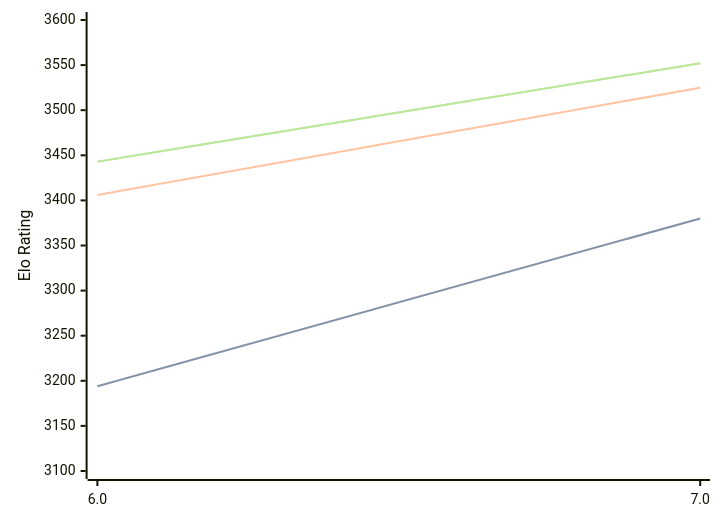
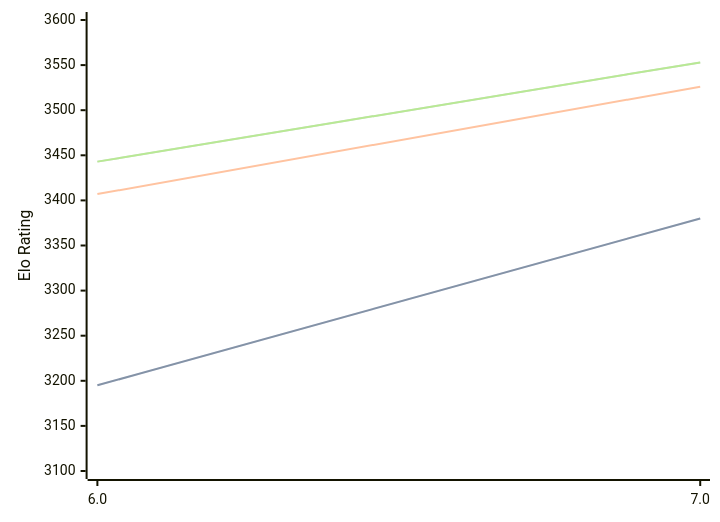
Before and after one commit to computer-chess-index/cci: the diagram in engines/Devre.md, drawn with Mermaid. The commit also changed other lines of this file, not shown here.

Commit message:
Update CCI Ratings (ELO VLTC) - 2026-09-16

````diff
--- a/engines/Devre.md
+++ b/engines/Devre.md
@@ -32,11 +32,11 @@
 ```mermaid
 %%{init: {"theme":"base","themeVariables":{"seriesColors:['#a3a3a3','#222221','#faa371']}}}%%
 xychart-beta
   x-axis ["6.0", "7.0"]
   y-axis "Elo Rating" 3100 --> 3600
-  line "" [3194, 3380]
-  line "STC (8.0+0.08s)" [3194, 3380]
-  line "LTC (60.0+0.60s)" [3406, 3525]
-  line "" [3443, 3552]
-  line "VLTC (2m24s+1.12s)" [3443, 3552]
+  line "" [3195, 3380]
+  line "STC (8.0+0.08s)" [3195, 3380]
+  line "LTC (60.0+0.60s)" [3407, 3526]
+  line "" [3443, 3553]
+  line "VLTC (2m24s+1.12s)" [3443, 3553]
 ```
````
